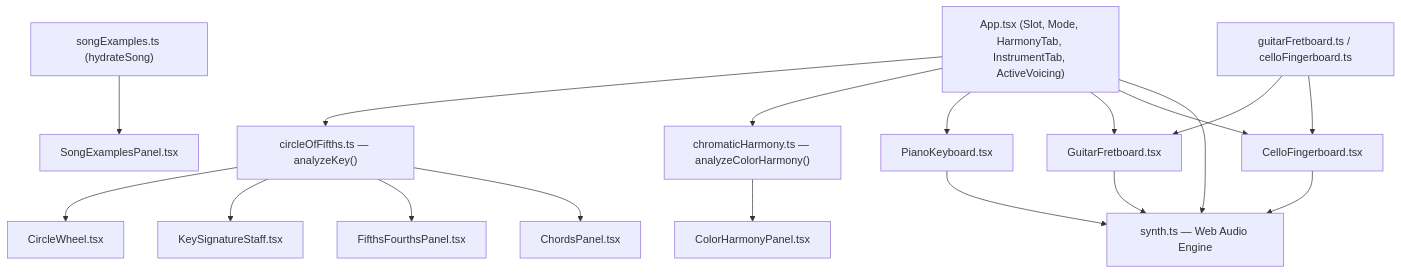
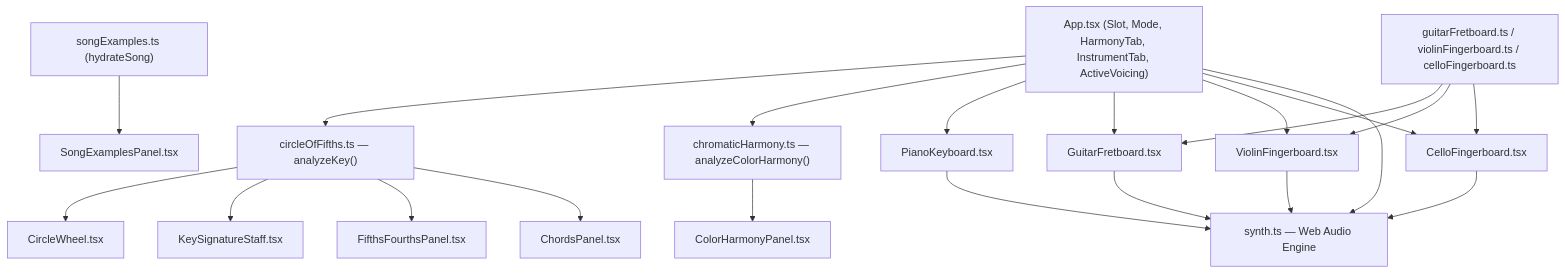
The diagram in docs/architecture.md (NewGuy012/musical-scales), drawn with Mermaid before and after one commit. The commit also changed other lines of this file and 32 other files, not shown here.

````diff
--- a/docs/architecture.md
+++ b/docs/architecture.md
@@ -68,30 +72,33 @@
 ```mermaid
 flowchart TD
     State["App.tsx (Slot, Mode, HarmonyTab, InstrumentTab, ActiveVoicing)"]
     Theory["circleOfFifths.ts — analyzeKey()"]
     ColorTheory["chromaticHarmony.ts — analyzeColorHarmony()"]
-    Voicings["guitarFretboard.ts / celloFingerboard.ts"]
+    Voicings["guitarFretboard.ts / violinFingerboard.ts / celloFingerboard.ts"]
     Songs["songExamples.ts (hydrateSong)"]
     Synth["synth.ts — Web Audio Engine"]
 
     State --> Theory
     State --> ColorTheory
     Theory --> Wheel["CircleWheel.tsx"]
     Theory --> Staff["KeySignatureStaff.tsx"]
     Theory --> Neighbors["FifthsFourthsPanel.tsx"]
     Theory --> Chords["ChordsPanel.tsx"]
     ColorTheory --> ColorPanel["ColorHarmonyPanel.tsx"]
     Songs --> SongPanel["SongExamplesPanel.tsx"]
 
     State --> Piano["PianoKeyboard.tsx"]
     State --> Guitar["GuitarFretboard.tsx"]
+    State --> Violin["ViolinFingerboard.tsx"]
     State --> Cello["CelloFingerboard.tsx"]
 
     Voicings --> Guitar
+    Voicings --> Violin
     Voicings --> Cello
 
     State --> Synth
     Guitar --> Synth
+    Violin --> Synth
     Cello --> Synth
     Piano --> Synth
 ```
````
